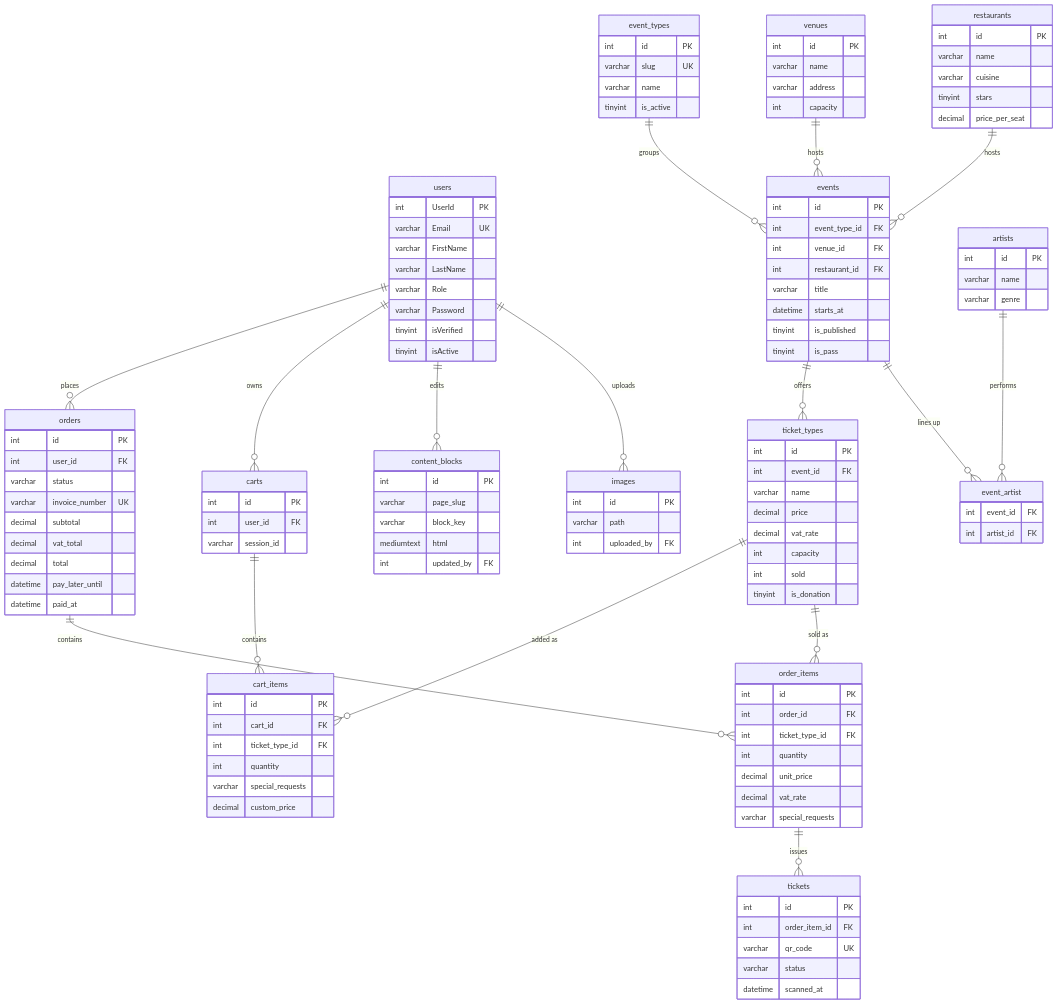
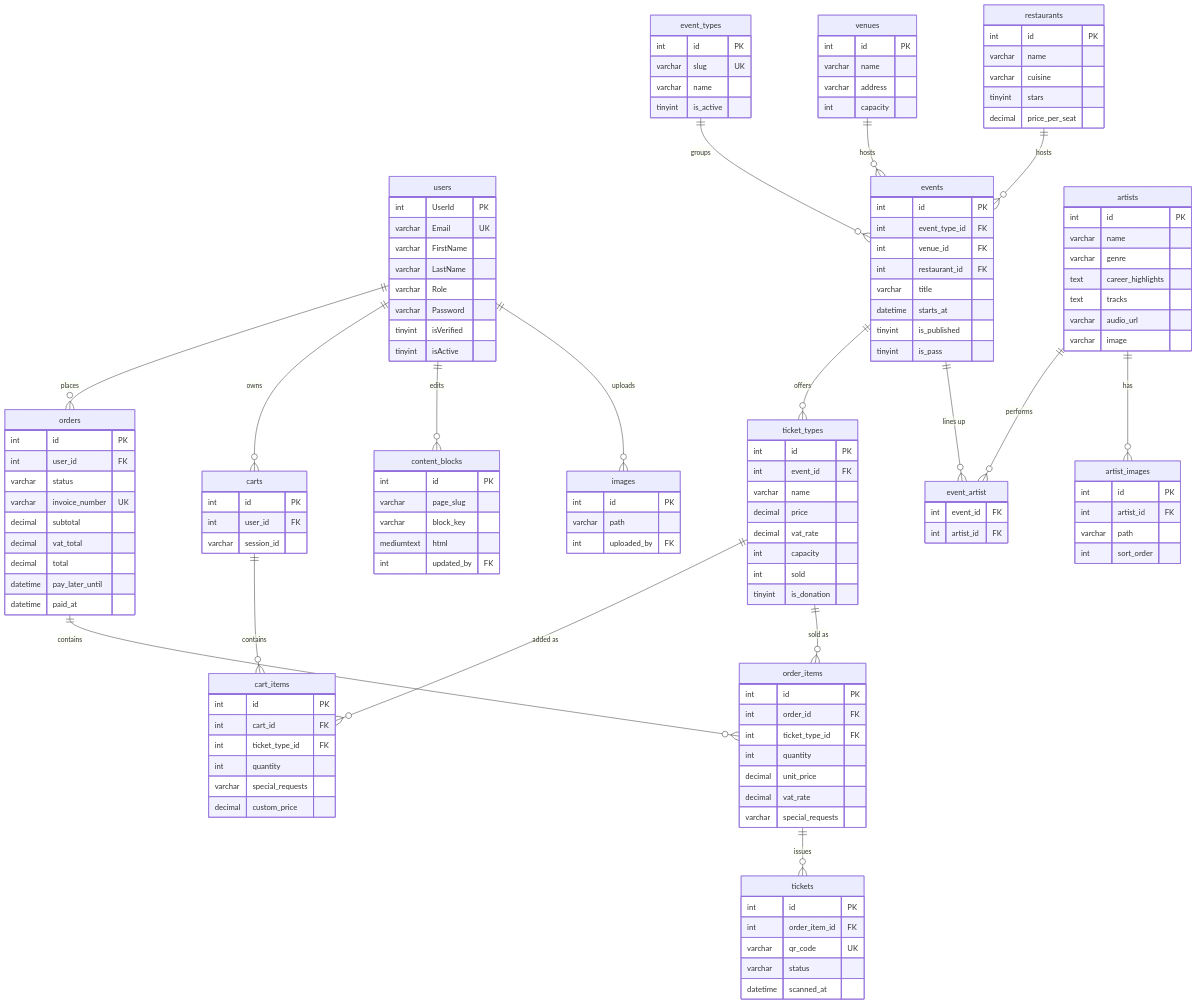
One commit to Shiva721254/Haarlem-Festival-Project_2026 changed the second of 3 diagrams in docs/technical-documentation.md. Above: the diagram before and after it, drawn with Mermaid. The commit also changed other lines of this file and 4 other files, not shown here.

First line of the commit message:
Update technical documentation for artist schema

```diff
--- a/docs/technical-documentation.md
+++ b/docs/technical-documentation.md
@@ -86,6 +86,7 @@
     events ||--o{ ticket_types : offers
     events ||--o{ event_artist : "lines up"
     artists ||--o{ event_artist : performs
+    artists ||--o{ artist_images : has
     ticket_types ||--o{ cart_items : "added as"
     ticket_types ||--o{ order_items : "sold as"
     carts ||--o{ cart_items : contains
@@ -125,6 +126,16 @@
         int id PK
         varchar name
         varchar genre
+        text career_highlights
+        text tracks
+        varchar audio_url
+        varchar image
+    }
+    artist_images {
+        int id PK
+        int artist_id FK
+        varchar path
+        int sort_order
     }
     events {
         int id PK
```
